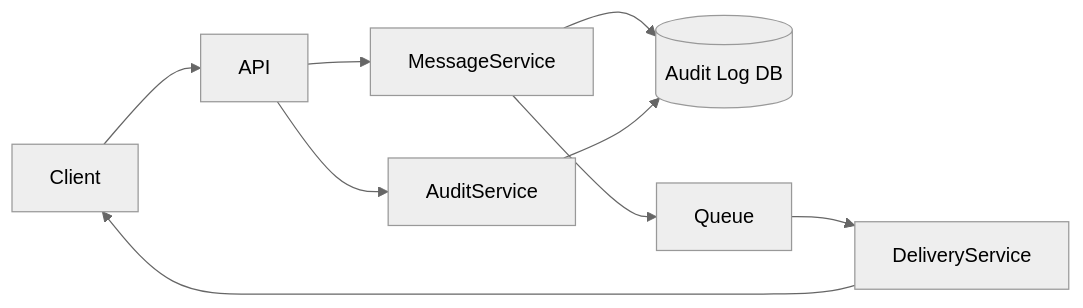
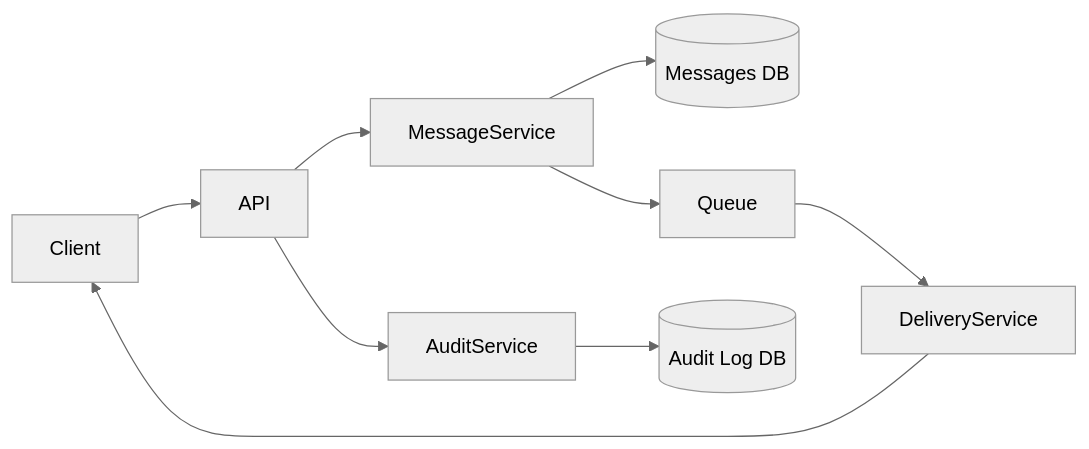
The first of 3 diagrams in SoftwareDesign/lab1/README.md (realvovan/OOP2), drawn with Mermaid (neutral theme) before and after one commit. The commit also changed other lines of this file, not shown here.

Commit message:
Software design lab1 upd
Updated database references in the architecture diagram.

````diff
--- a/SoftwareDesign/lab1/README.md
+++ b/SoftwareDesign/lab1/README.md
@@ -33,11 +33,11 @@
 ```mermaid
 graph LR
   Client --> API
   API --> MessageService
   API --> AuditService
-  MessageService --> DB[(Messages DB)]
-  AuditService --> DB[(Audit Log DB)]
+  MessageService --> DB1[(Messages DB)]
+  AuditService --> DB2[(Audit Log DB)]
   MessageService --> Queue
   Queue --> DeliveryService
   DeliveryService --> Client
 ```
````
